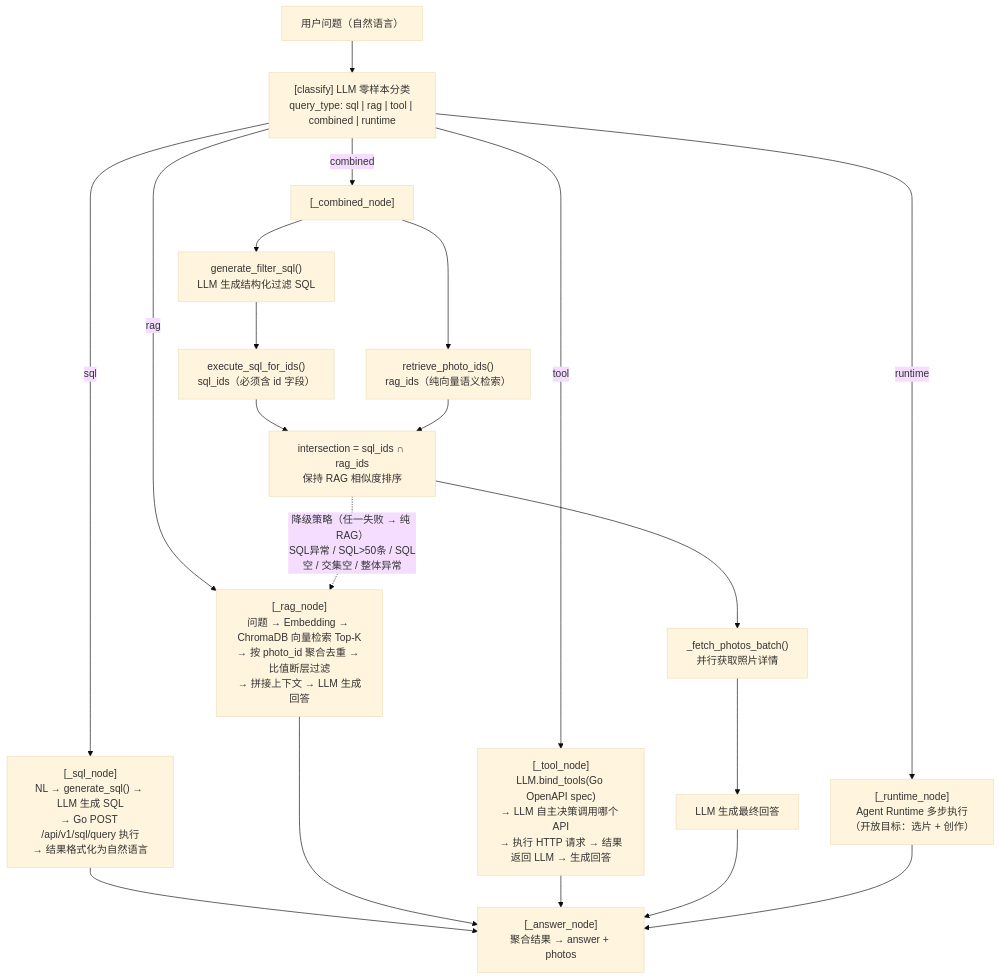
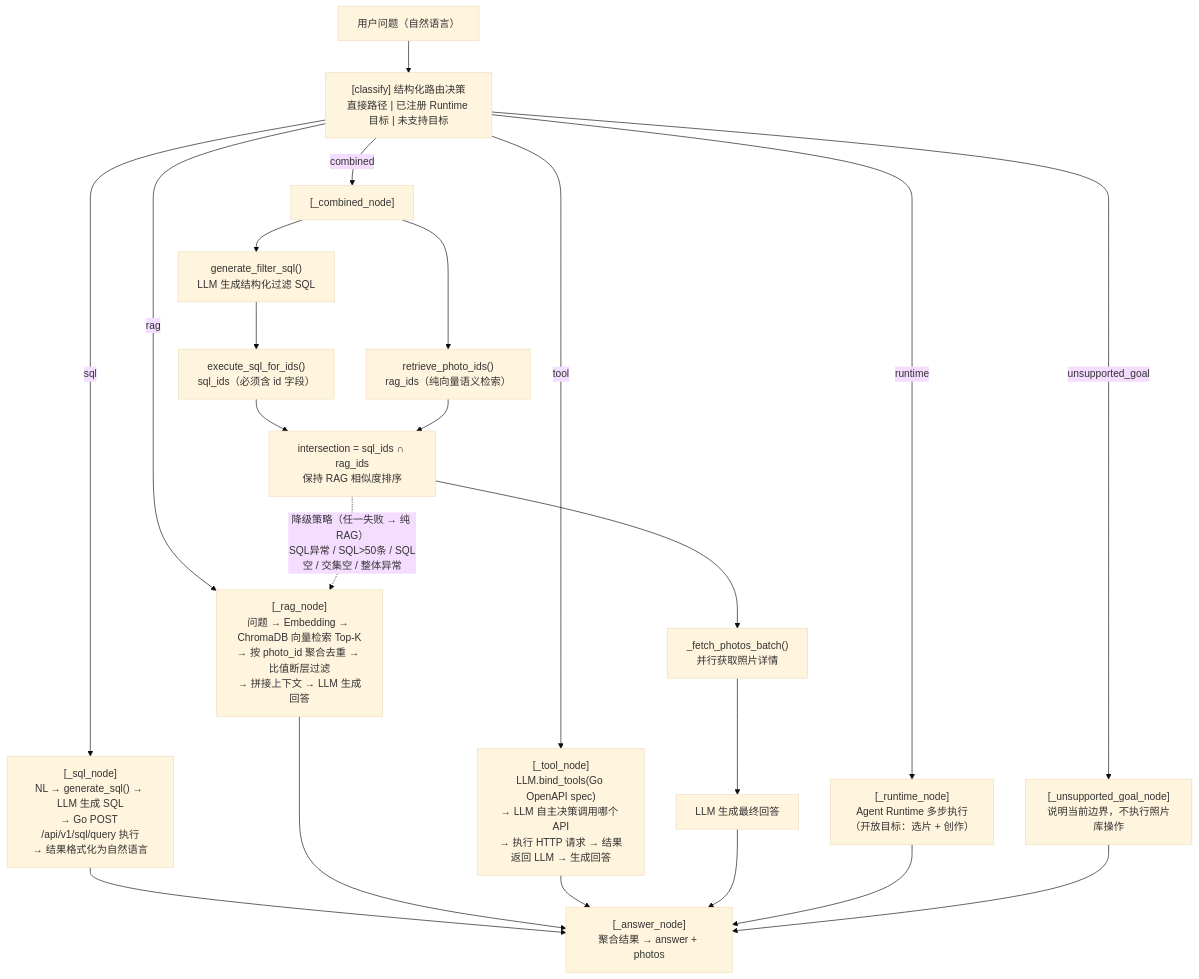
The third of 6 diagrams in docs/tech.md (pancake-lee/photo-agent), drawn with Mermaid (base theme) before and after one commit. The commit also changed other lines of this file and 7 other files, not shown here.

````diff
--- a/docs/tech.md
+++ b/docs/tech.md
@@ -64,29 +64,32 @@
 ```mermaid
 flowchart TD
-    A["用户问题（自然语言）"] --> B["[classify] LLM 零样本分类<br>query_type: sql | rag | tool | combined | runtime"]
+    A["用户问题（自然语言）"] --> B["[classify] 结构化路由决策<br>直接路径 | 已注册 Runtime 目标 | 未支持目标"]
 
     B -->|sql| C["[_sql_node]<br>NL → generate_sql() → LLM 生成 SQL<br>→ Go POST /api/v1/sql/query 执行<br>→ 结果格式化为自然语言"]
 
     B -->|rag| D["[_rag_node]<br>问题 → Embedding → ChromaDB 向量检索 Top-K<br>→ 按 photo_id 聚合去重 → 比值断层过滤<br>→ 拼接上下文 → LLM 生成回答"]
 
     B -->|tool| E["[_tool_node]<br>LLM.bind_tools(Go OpenAPI spec)<br>→ LLM 自主决策调用哪个 API<br>→ 执行 HTTP 请求 → 结果返回 LLM → 生成回答"]
 
     B -->|combined| F["[_combined_node]"]
     F --> G["generate_filter_sql()<br>LLM 生成结构化过滤 SQL"]
     G --> H["execute_sql_for_ids()<br>sql_ids（必须含 id 字段）"]
     F --> I["retrieve_photo_ids()<br>rag_ids（纯向量语义检索）"]
     H --> J["intersection = sql_ids ∩ rag_ids<br>保持 RAG 相似度排序"]
     I --> J
     J --> K["_fetch_photos_batch()<br>并行获取照片详情"]
     K --> L["LLM 生成最终回答"]
 
     J -.->|"降级策略（任一失败 → 纯 RAG）<br>SQL异常 / SQL>50条 / SQL空 / 交集空 / 整体异常"| D
 
     B -->|runtime| N["[_runtime_node]<br>Agent Runtime 多步执行<br>（开放目标：选片 + 创作）"]
 
+    B -->|unsupported_goal| U["[_unsupported_goal_node]<br>说明当前边界，不执行照片库操作"]
+
     C --> M["[_answer_node]<br>聚合结果 → answer + photos"]
     D --> M
     E --> M
     L --> M
     N --> M
+    U --> M
 ```
````
